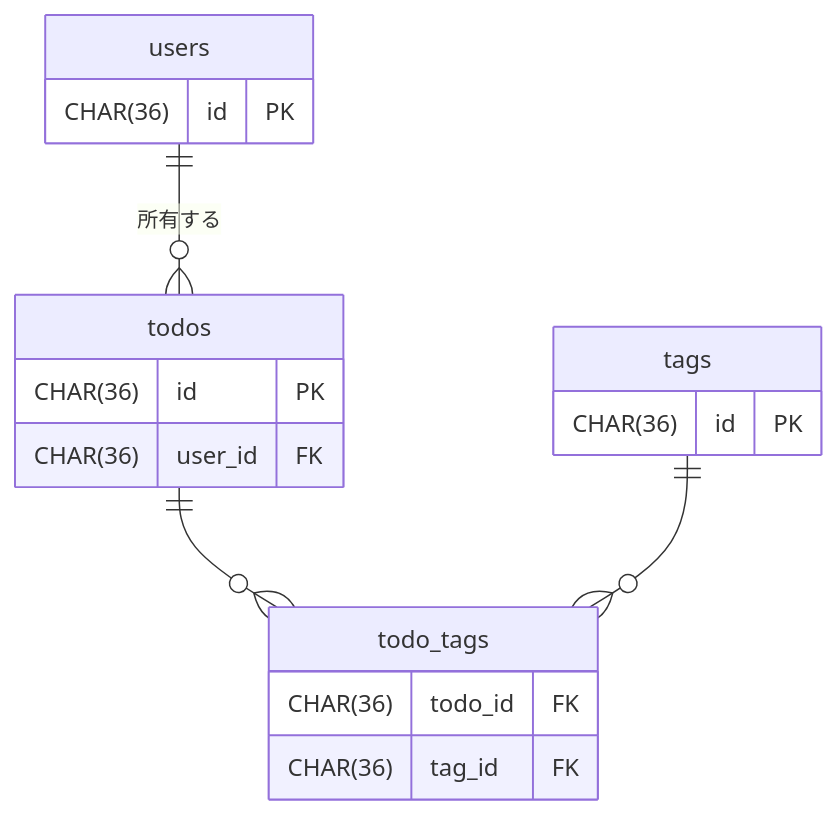
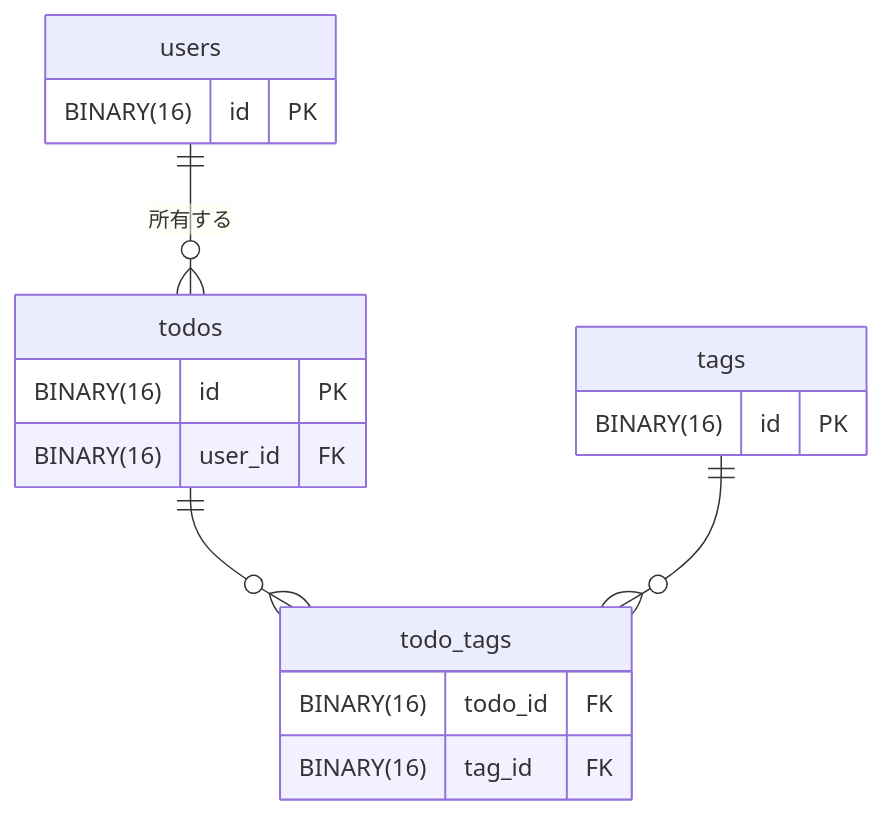
Before and after one commit to ktaishi/rust-next-voiler: the eighth of 15 diagrams in README.md, drawn with Mermaid. The commit also changed other lines of this file and 53 other files, not shown here.

````diff
--- a/README.md
+++ b/README.md
@@ -249,12 +329,12 @@
 ```mermaid
 erDiagram
     users ||--o{ todos : "所有する"
     todos ||--o{ todo_tags : ""
     tags  ||--o{ todo_tags : ""
-    users { CHAR(36) id PK }
-    todos { CHAR(36) id PK
-            CHAR(36) user_id FK }
-    tags  { CHAR(36) id PK }
-    todo_tags { CHAR(36) todo_id FK
-                CHAR(36) tag_id FK }
+    users { BINARY(16) id PK }
+    todos { BINARY(16) id PK
+            BINARY(16) user_id FK }
+    tags  { BINARY(16) id PK }
+    todo_tags { BINARY(16) todo_id FK
+                BINARY(16) tag_id FK }
 ```
````
